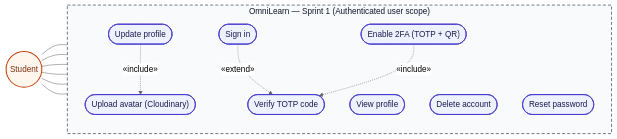
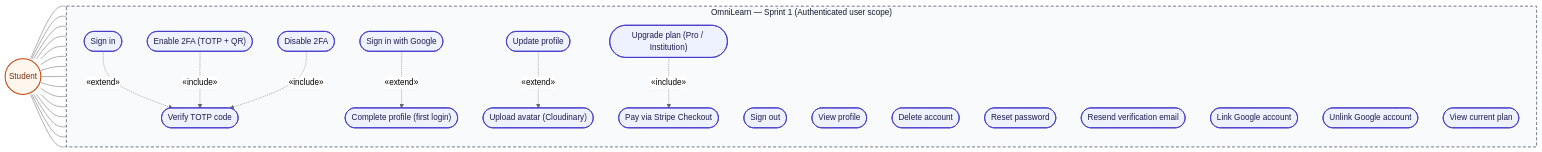
One commit to MaizaAymen/OmniLearn changed the second of 12 diagrams in docs/05_chapitre3_sprint1.md. Above: the diagram before and after it, drawn with Mermaid. The commit also changed other lines of this file, not shown here.

````diff
--- a/docs/05_chapitre3_sprint1.md
+++ b/docs/05_chapitre3_sprint1.md
@@ -108,32 +118,63 @@
 ```mermaid
 %%{init: {"theme":"neutral"} }%%
 flowchart LR
   classDef actor fill:#fff7ed,stroke:#c2410c,stroke-width:2px,color:#7c2d12
   classDef uc    fill:#eef2ff,stroke:#4338ca,stroke-width:1.5px,color:#1e1b4b
   classDef sys   fill:#f8fafc,stroke:#475569,stroke-width:1.5px,stroke-dasharray:6 4,color:#0f172a
 
   Student((Student)):::actor
 
   subgraph S["OmniLearn — Sprint 1 (Authenticated user scope)"]
     direction TB
+
+    %% Identity
     L(["Sign in"]):::uc
+    LG(["Sign in with Google"]):::uc
+    SO(["Sign out"]):::uc
+    CT(["Verify TOTP code"]):::uc
+
+    %% Profile
     VP(["View profile"]):::uc
+    CP(["Complete profile (first login)"]):::uc
     UP(["Update profile"]):::uc
+    UA(["Upload avatar (Cloudinary)"]):::uc
     DP(["Delete account"]):::uc
-    R(["Reset password"]):::uc
-    T(["Enable 2FA (TOTP + QR)"]):::uc
-    U(["Upload avatar (Cloudinary)"]):::uc
-    CT(["Verify TOTP code"]):::uc
+
+    %% Account security
+    RP(["Reset password"]):::uc
+    SV(["Resend verification email"]):::uc
+    E2(["Enable 2FA (TOTP + QR)"]):::uc
+    D2(["Disable 2FA"]):::uc
+    GL(["Link Google account"]):::uc
+    GU(["Unlink Google account"]):::uc
+
+    %% Plan
+    VPL(["View current plan"]):::uc
+    UPL(["Upgrade plan (Pro / Institution)"]):::uc
+    PAY(["Pay via Stripe Checkout"]):::uc
   end
   class S sys
 
   Student --- L
+  Student --- LG
+  Student --- SO
   Student --- VP
+  Student --- CP
   Student --- UP
   Student --- DP
-  Student --- R
-  Student --- T
-  UP -. "«include»" .-> U
-  L  -. "«extend»"  .-> CT
-  T  -. "«include»" .-> CT
+  Student --- RP
+  Student --- SV
+  Student --- E2
+  Student --- D2
+  Student --- GL
+  Student --- GU
+  Student --- VPL
+  Student --- UPL
+
+  L   -. "«extend»"  .-> CT
+  LG  -. "«extend»"  .-> CP
+  UP  -. "«extend»"  .-> UA
+  E2  -. "«include»" .-> CT
+  D2  -. "«include»" .-> CT
+  UPL -. "«include»" .-> PAY
 ```
````
